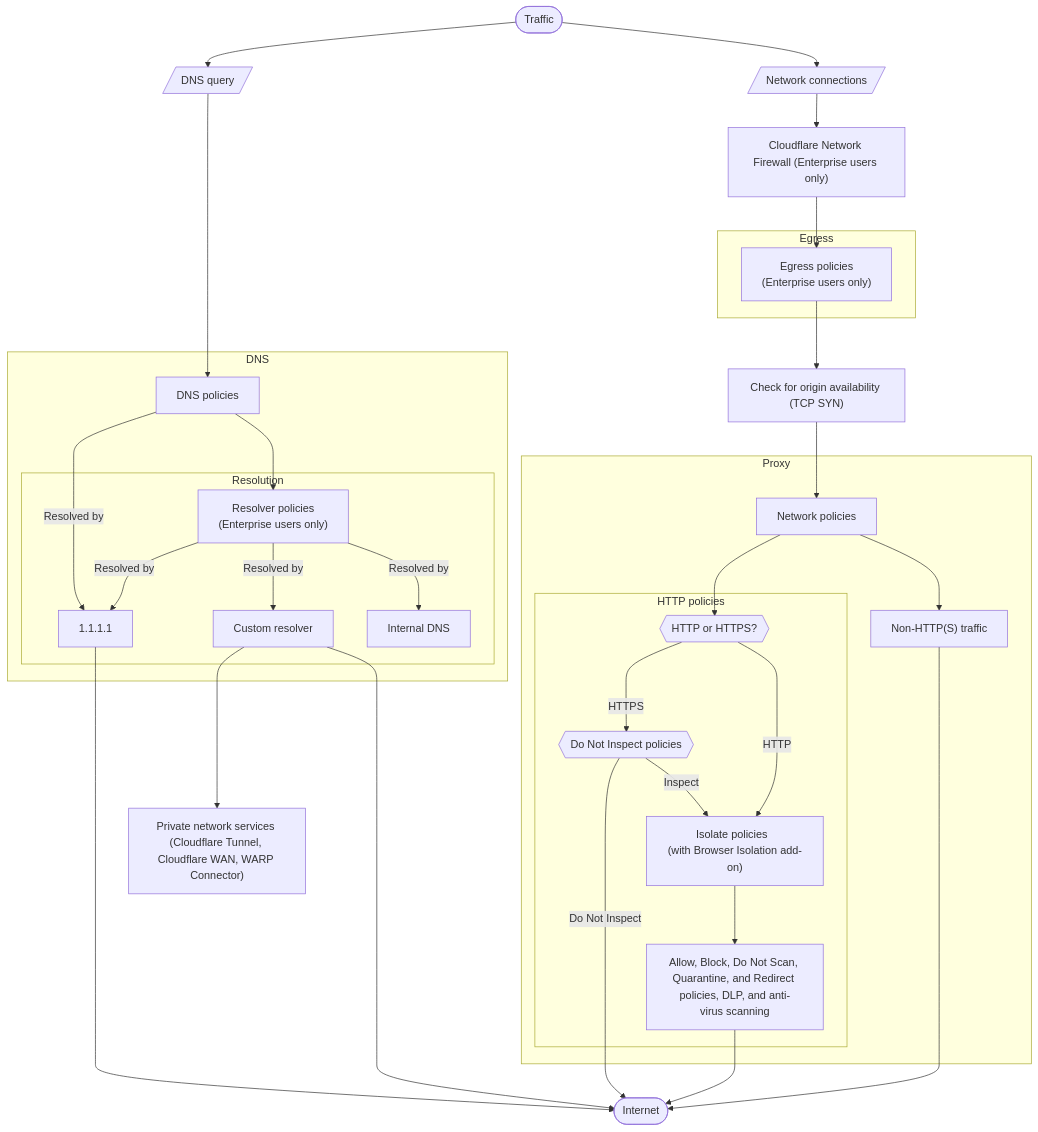
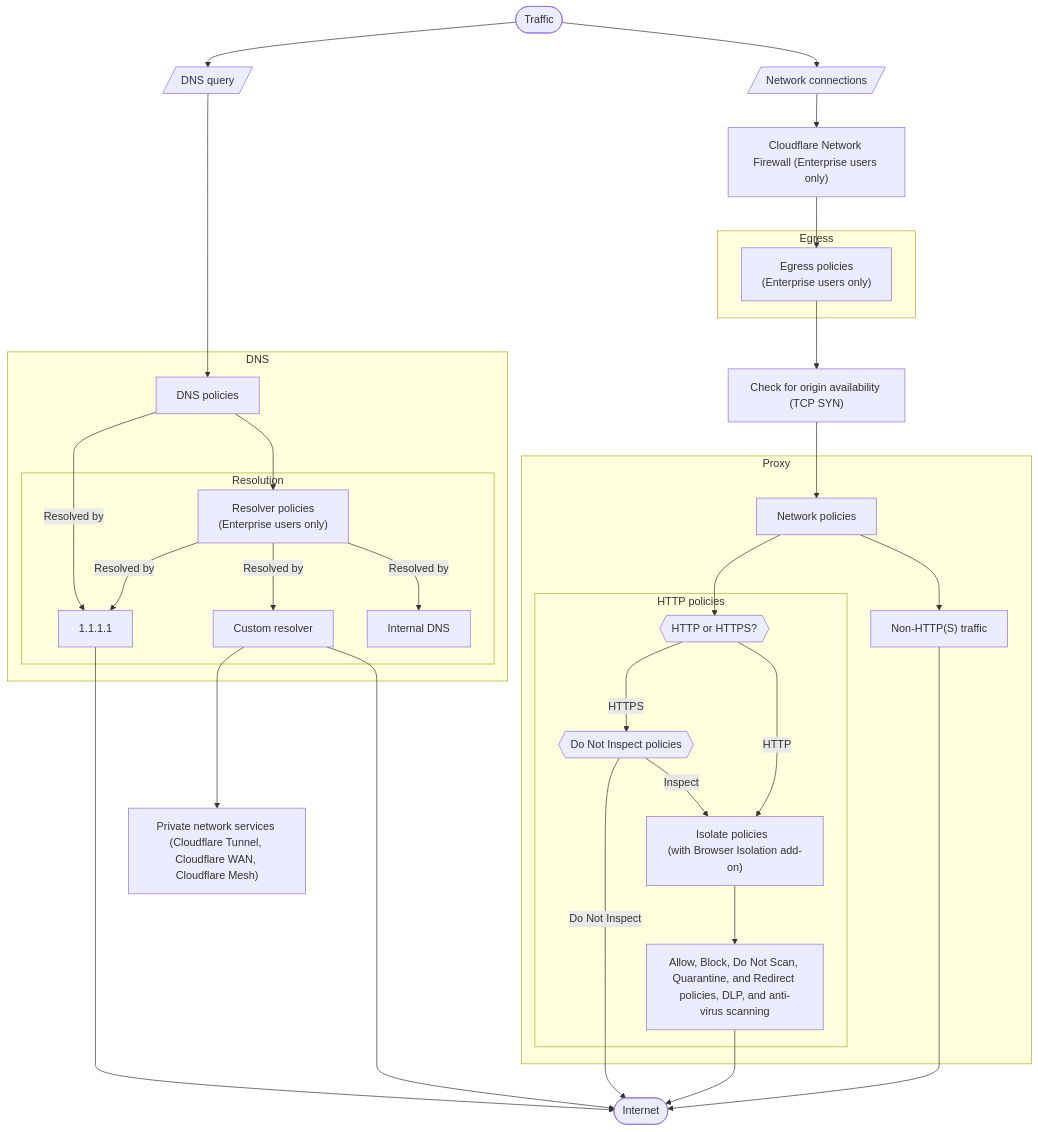
Before and after one commit to rdhanarot/cloudflare-docs: the diagram in src/content/partials/cloudflare-one/gateway/order-of-enforcement.mdx, drawn with Mermaid. The commit also changed 81 other files, not shown here.

First line of the commit message:
Add Cloudflare Mesh documentation and rename WARP Connector (#29750)

````diff
--- a/src/content/partials/cloudflare-one/gateway/order-of-enforcement.mdx
+++ b/src/content/partials/cloudflare-one/gateway/order-of-enforcement.mdx
@@ -7,55 +7,55 @@
 ```mermaid
 flowchart TB
     %% Accessibility
     accTitle: Gateway order of enforcement
     accDescr: Flowchart describing the order of enforcement for Gateway policies.
 
  subgraph Resolution["Resolution"]
         dns2["1.1.1.1"]
         dns4["Custom resolver"]
         dns3["Resolver policies <br>(Enterprise users only)"]
         internal["Internal DNS"]
   end
  subgraph DNS["DNS"]
         dns1["DNS policies"]
         Resolution
   end
  subgraph HTTP["HTTP policies"]
         http1{{"Do Not Inspect policies"}}
         http2["Isolate policies  <br>(with Browser Isolation add-on)"]
         http3["Allow, Block, Do Not Scan, Quarantine, and Redirect policies, DLP, and anti-virus scanning"]
         https["HTTP or HTTPS?"]
   end
  subgraph Proxy["Proxy"]
         HTTP
         network1["Network policies"]
         nonhttp["Non-HTTP(S) traffic"]
   end
  subgraph Egress["Egress"]
         egress1["Egress policies <br>(Enterprise users only)"]
   end
     start(["Traffic"]) --> dns0[/"DNS query"/] & http0["Network connections"]
     dns0 ----> dns1
     dns1 -- Resolved by --> dns2
     dns1 --> dns3
     dns3 -- Resolved by --> dns4
     dns2 -----> internet(["Internet"])
     dns4 -----> internet
-    dns4 ---> cloudflare["Private network services <br>(Cloudflare Tunnel, Cloudflare WAN, WARP Connector)"]
+    dns4 ---> cloudflare["Private network services <br>(Cloudflare Tunnel, Cloudflare WAN, Cloudflare Mesh)"]
     http1 -- Do Not Inspect --> internet
     http1 -- Inspect --> http2
     http2 --> http3
     http0 --> magic["Cloudflare Network Firewall (Enterprise users only)"]
     magic --> egress1
     egress1 --> tcp["Check for origin availability (TCP SYN)"]
     tcp --> network1
     http3 --> internet
     https -- HTTPS --> http1
     https -- HTTP --> http2
     network1 --> https & nonhttp
     dns3 -- Resolved by --> internal & dns2
     nonhttp -----> internet
 
     https@{ shape: hex}
     http0@{ shape: lean-r}
 ```
````
